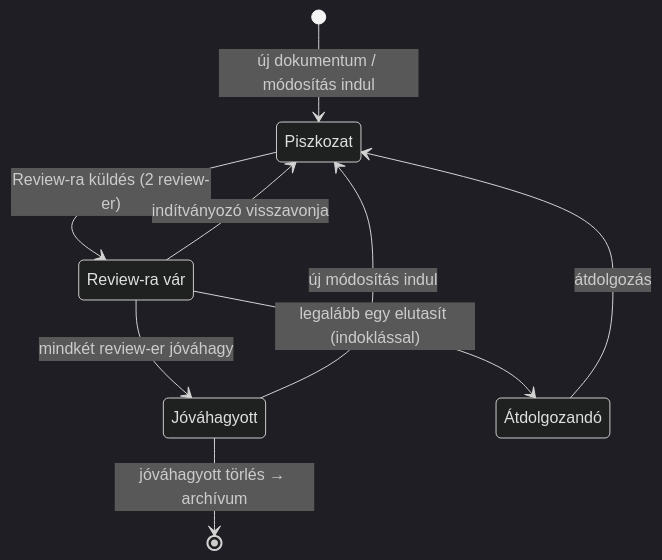
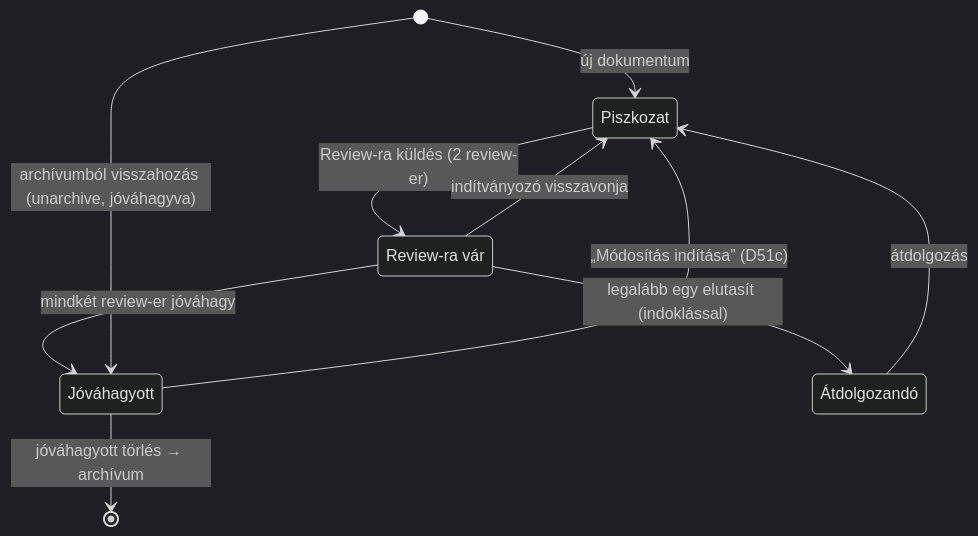
Before and after one commit to 17percent/gi-msc-taltos-2026: the diagram in Projekt dokumentációk/Dokumentumok/Státusz-workflow.md, drawn with Mermaid (dark theme). The commit also changed other lines of this file and 43 other files, not shown here.

````diff
--- a/Projekt dokumentációk/Dokumentumok/Státusz-workflow.md
+++ b/Projekt dokumentációk/Dokumentumok/Státusz-workflow.md
@@ -39,14 +39,15 @@
 ```mermaid
 stateDiagram-v2
-    [*] --> Piszkozat: új dokumentum / módosítás indul
+    [*] --> Piszkozat: új dokumentum
     Piszkozat --> ReviewraVar: Review-ra küldés (2 review-er)
     ReviewraVar --> Jovahagyott: mindkét review-er jóváhagy
     ReviewraVar --> Atdolgozando: legalább egy elutasít (indoklással)
     ReviewraVar --> Piszkozat: indítványozó visszavonja
     Atdolgozando --> Piszkozat: átdolgozás
-    Jovahagyott --> Piszkozat: új módosítás indul
+    Jovahagyott --> Piszkozat: „Módosítás indítása” (D51c)
     Jovahagyott --> [*]: jóváhagyott törlés → archívum
+    [*] --> Jovahagyott: archívumból visszahozás (unarchive, jóváhagyva)
     state "Review-ra vár" as ReviewraVar
     state "Átdolgozandó" as Atdolgozando
     state "Jóváhagyott" as Jovahagyott
 ```
````
